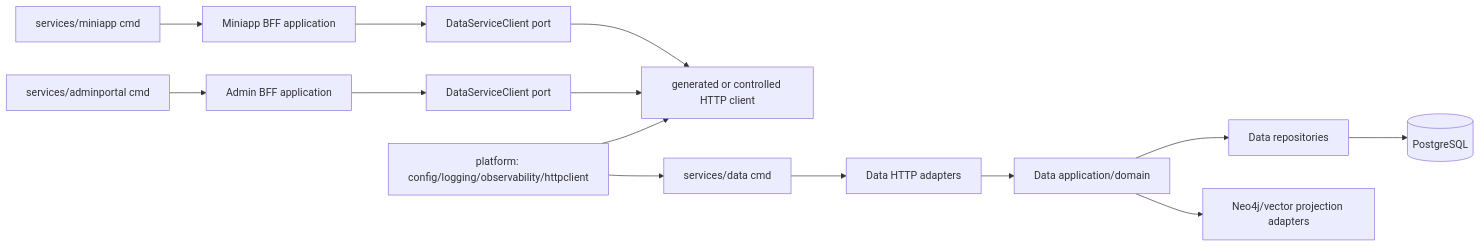
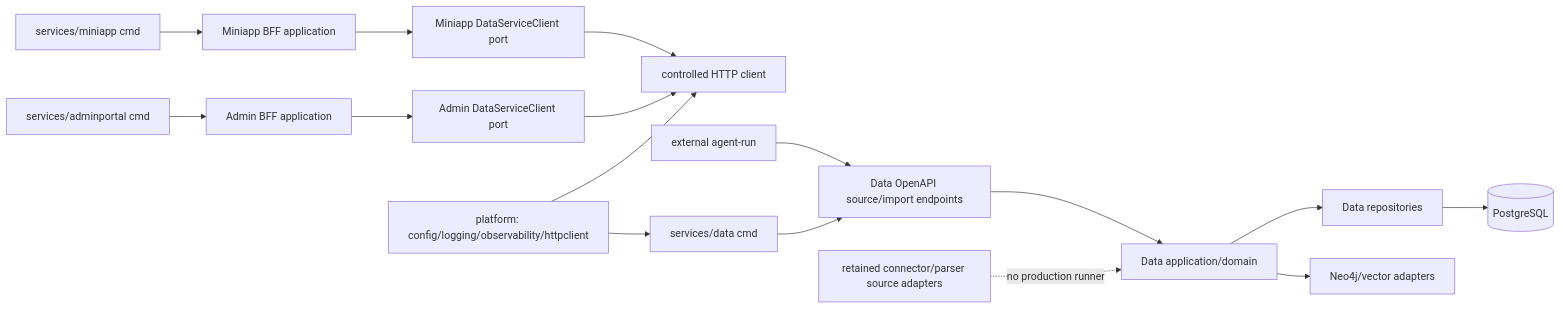
One commit to meierlink88/tidewise-ai changed the second of 2 diagrams in openspec/changes/establish-data-service-bff-boundaries/design.md. Above: the diagram before and after it, drawn with Mermaid. The commit also changed other lines of this file and 10 other files, not shown here.

````diff
--- a/openspec/changes/establish-data-service-bff-boundaries/design.md
+++ b/openspec/changes/establish-data-service-bff-boundaries/design.md
@@ -43,16 +49,18 @@
 ```mermaid
 flowchart LR
     MiniCmd[services/miniapp cmd] --> MiniApp[Miniapp BFF application]
     AdminCmd[services/adminportal cmd] --> AdminApp[Admin BFF application]
-    MiniApp --> MiniPort[DataServiceClient port]
-    AdminApp --> AdminPort[DataServiceClient port]
-    MiniPort --> DataHTTP[generated or controlled HTTP client]
+    MiniApp --> MiniPort[Miniapp DataServiceClient port]
+    AdminApp --> AdminPort[Admin DataServiceClient port]
+    MiniPort --> DataHTTP[controlled HTTP client]
     AdminPort --> DataHTTP
-    DataCmd[services/data cmd] --> DataAPI[Data HTTP adapters]
+    AgentRun[external agent-run] --> DataAPI[Data OpenAPI source/import endpoints]
+    DataCmd[services/data cmd] --> DataAPI
     DataAPI --> DataApp[Data application/domain]
     DataApp --> Repo[Data repositories]
     Repo --> PG[(PostgreSQL)]
-    DataApp --> Projection[Neo4j/vector projection adapters]
+    DataApp --> Graph[Neo4j/vector adapters]
+    Connectors[retained connector/parser source adapters] -. no production runner .-> DataApp
     Platform[platform: config/logging/observability/httpclient] --> DataHTTP
     Platform --> DataCmd
 ```
````
